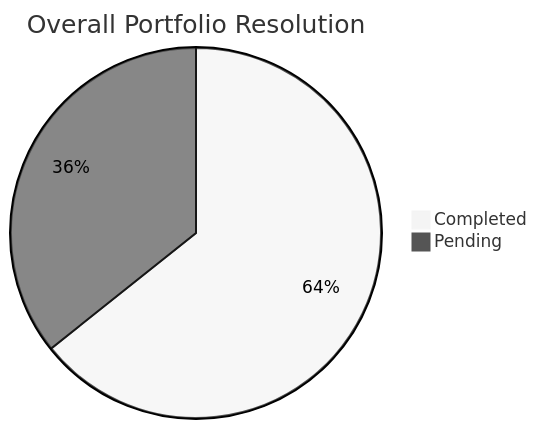
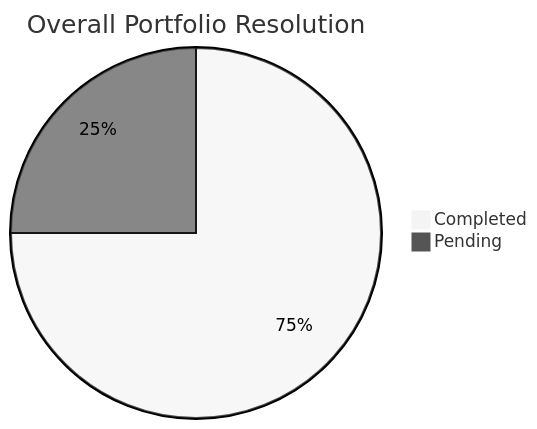
Before and after one commit to sagarms97/MyWorkDairy: the diagram in Global_Summary.md, drawn with Mermaid (neutral theme). The commit also changed other lines of this file and 7 other files, not shown here.

````diff
--- a/Global_Summary.md
+++ b/Global_Summary.md
@@ -12,5 +12,5 @@
 ```mermaid
 pie title Overall Portfolio Resolution
-    "Completed" : 9
+    "Completed" : 15
     "Pending" : 5
 ```
````
